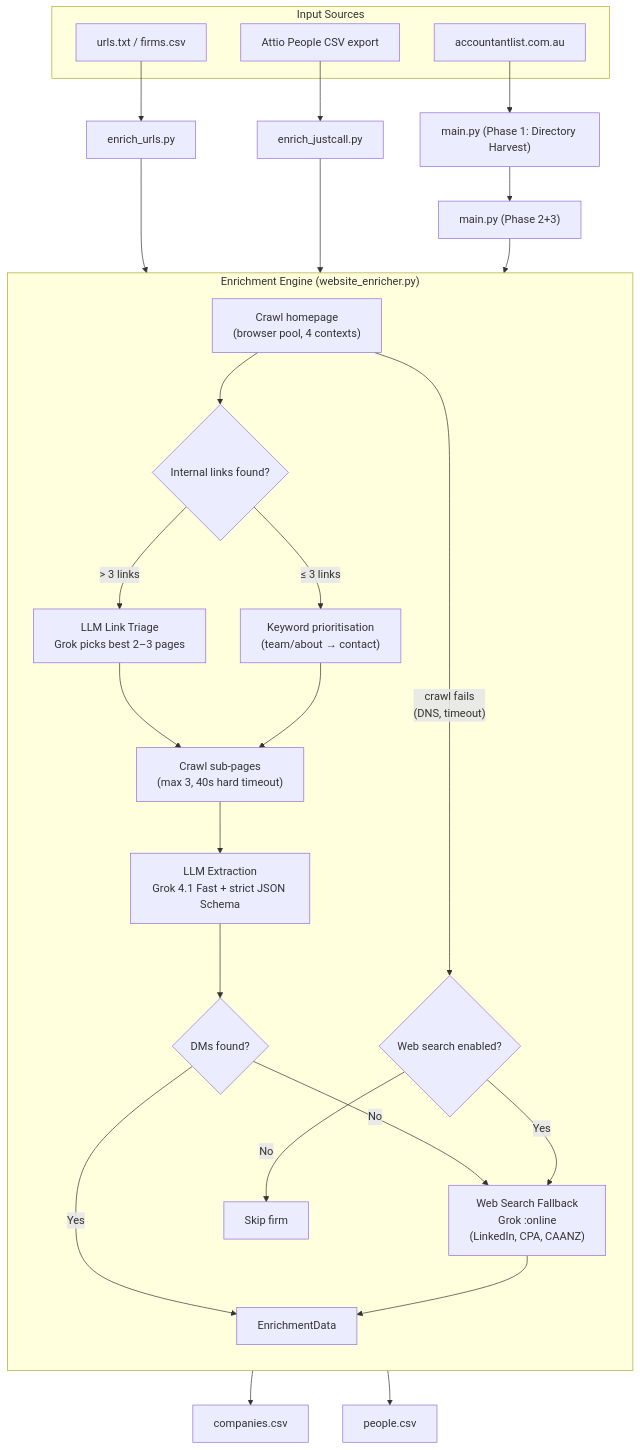
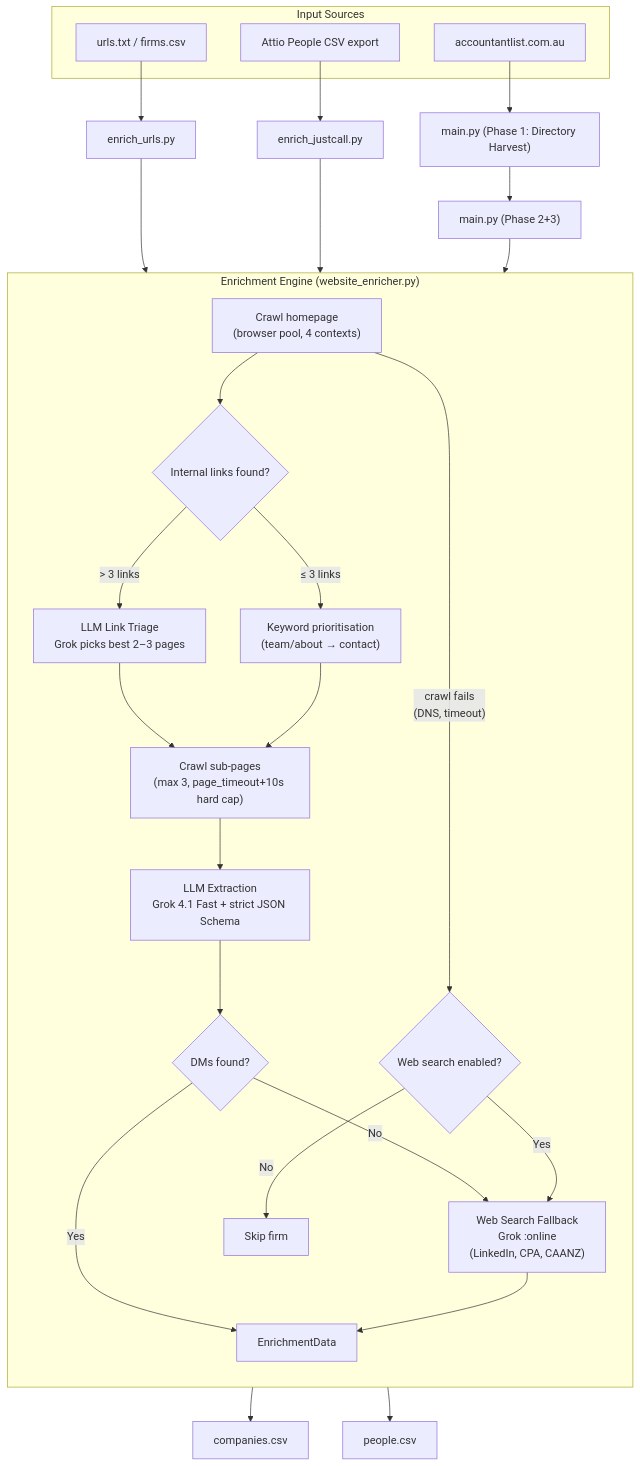
Before and after one commit to OscarMcG-dev/Scraping_Accountantlist: the diagram in scraper/SCRAPER_GUIDE.md, drawn with Mermaid. The commit also changed other lines of this file and 11 other files, not shown here.

````diff
--- a/scraper/SCRAPER_GUIDE.md
+++ b/scraper/SCRAPER_GUIDE.md
@@ -44,39 +44,39 @@
 ```mermaid
 flowchart TD
     subgraph "Input Sources"
         A1["urls.txt / firms.csv"]
         A2["Attio People CSV export"]
         A3["accountantlist.com.au"]
     end
 
     A1 --> S1["enrich_urls.py"]
     A2 --> S2["enrich_justcall.py"]
     A3 --> S3["main.py (Phase 1: Directory Harvest)"]
     S3 --> S1_2["main.py (Phase 2+3)"]
 
     S1 --> E
     S2 --> E
     S1_2 --> E
 
     subgraph E ["Enrichment Engine (website_enricher.py)"]
         direction TB
         P1["Crawl homepage<br/>(browser pool, 4 contexts)"]
         P1 --> P2{"Internal links found?"}
         P2 -->|"> 3 links"| P3["LLM Link Triage<br/>Grok picks best 2–3 pages"]
         P2 -->|"≤ 3 links"| P4["Keyword prioritisation<br/>(team/about → contact)"]
-        P3 --> P5["Crawl sub-pages<br/>(max 3, 40s hard timeout)"]
+        P3 --> P5["Crawl sub-pages<br/>(max 3, page_timeout+10s hard cap)"]
         P4 --> P5
         P5 --> P6["LLM Extraction<br/>Grok 4.1 Fast + strict JSON Schema"]
         P6 --> P7{"DMs found?"}
         P7 -->|No| P8["Web Search Fallback<br/>Grok :online<br/>(LinkedIn, CPA, CAANZ)"]
         P7 -->|Yes| P9[EnrichmentData]
         P8 --> P9
 
         P1 -->|"crawl fails<br/>(DNS, timeout)"| P10{"Web search enabled?"}
         P10 -->|Yes| P8
         P10 -->|No| P11[Skip firm]
     end
 
     E --> O1["companies.csv"]
     E --> O2["people.csv"]
 ```
````
